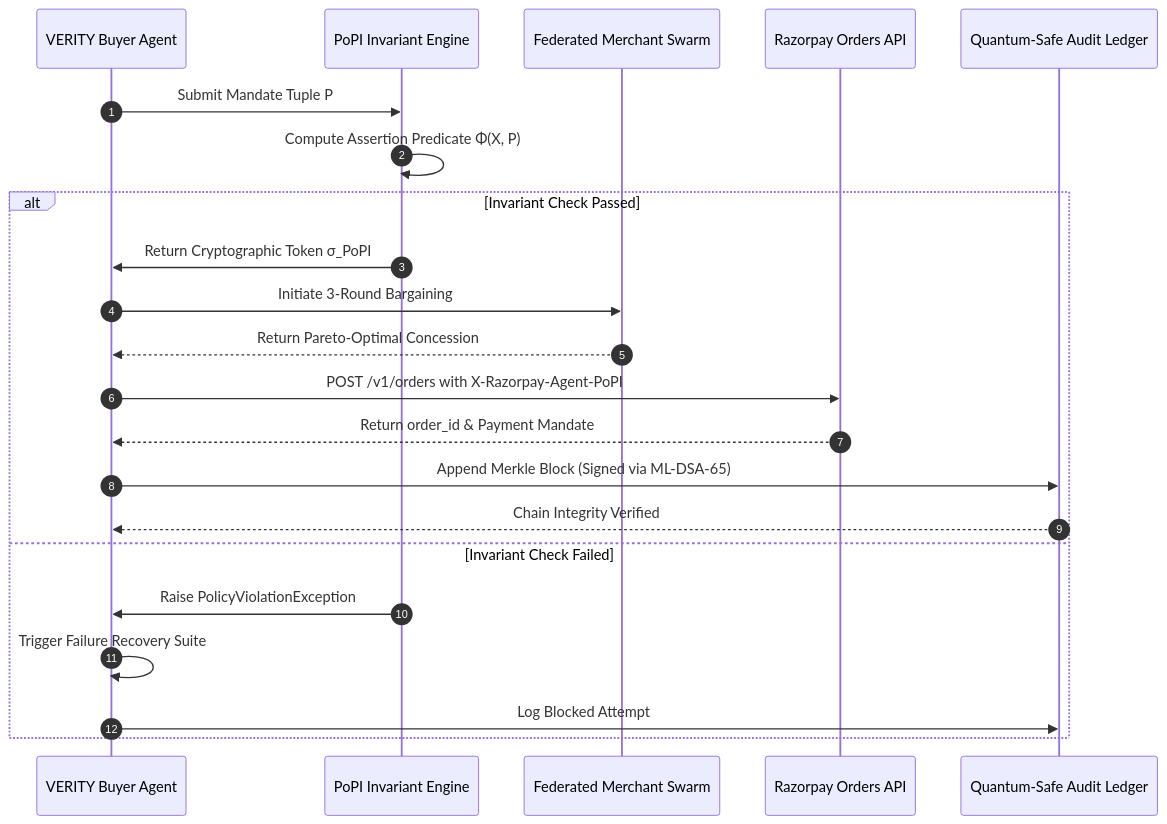
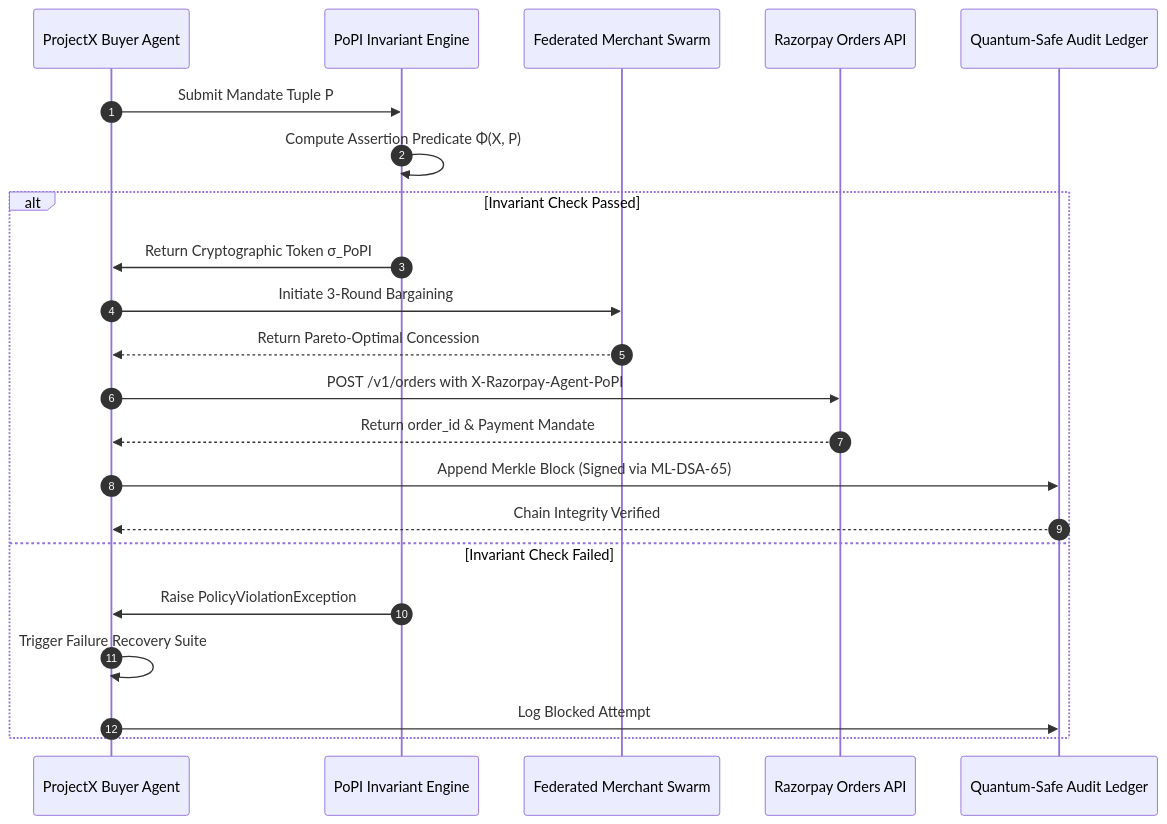
One commit to Ankit-cs/RazorpayBuildathon changed the second of 2 diagrams in README.md. Above: the diagram before and after it, drawn with Mermaid. The commit also changed other lines of this file, not shown here.

````diff
--- a/README.md
+++ b/README.md
@@ -108,25 +108,25 @@
 ```mermaid
 sequenceDiagram
     autonumber
-    participant Buyer as VERITY Buyer Agent
+    participant Buyer as ProjectX Buyer Agent
     participant Policy as PoPI Invariant Engine
     participant A2A as Federated Merchant Swarm
     participant Rails as Razorpay Orders API
     participant Ledger as Quantum-Safe Audit Ledger
 
     Buyer->>Policy: Submit Mandate Tuple P
     Policy->>Policy: Compute Assertion Predicate Φ(X, P)
     alt Invariant Check Passed
         Policy->>Buyer: Return Cryptographic Token σ_PoPI
         Buyer->>A2A: Initiate 3-Round Bargaining
         A2A-->>Buyer: Return Pareto-Optimal Concession
         Buyer->>Rails: POST /v1/orders with X-Razorpay-Agent-PoPI
         Rails-->>Buyer: Return order_id & Payment Mandate
         Buyer->>Ledger: Append Merkle Block (Signed via ML-DSA-65)
         Ledger-->>Buyer: Chain Integrity Verified
     else Invariant Check Failed
         Policy->>Buyer: Raise PolicyViolationException
         Buyer->>Buyer: Trigger Failure Recovery Suite
         Buyer->>Ledger: Log Blocked Attempt
     end
 ```
````
